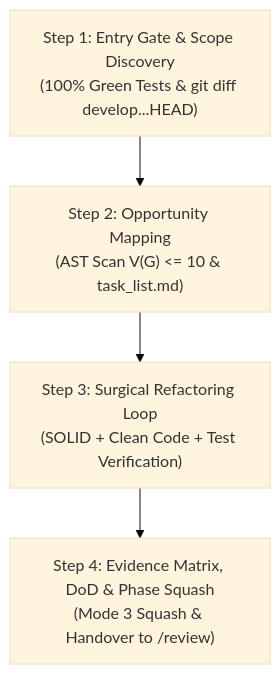
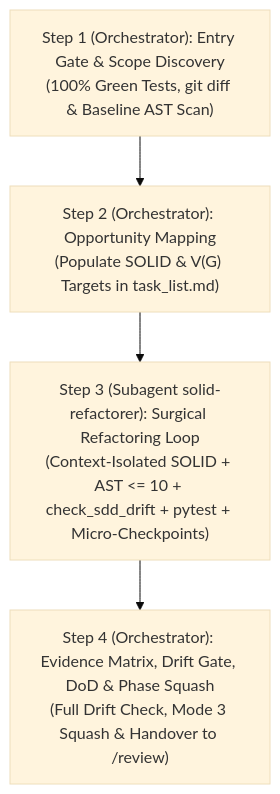
The diagram in skills/refactor/SKILL.md (MarcosVeniciu/antigravity-agentic-skills), drawn with Mermaid (base theme) before and after one commit. The commit also changed other lines of this file and 23 other files, not shown here.

Commit message:
feat(skills): evolve Tier 1 and Tier 2 skills to SDD 2.0 subagent architecture and complete doc/ READMEs

````diff
--- a/skills/refactor/SKILL.md
+++ b/skills/refactor/SKILL.md
@@ -28,6 +28,6 @@
 ```mermaid
 flowchart TD
-    S1["Step 1: Entry Gate & Scope Discovery<br/>(100% Green Tests & git diff develop...HEAD)"] --> S2["Step 2: Opportunity Mapping<br/>(AST Scan V(G) <= 10 & task_list.md)"]
-    S2 --> S3["Step 3: Surgical Refactoring Loop<br/>(SOLID + Clean Code + Test Verification)"]
-    S3 --> S4["Step 4: Evidence Matrix, DoD & Phase Squash<br/>(Mode 3 Squash & Handover to /review)"]
+    S1["Step 1 (Orchestrator): Entry Gate & Scope Discovery<br/>(100% Green Tests, git diff & Baseline AST Scan)"] --> S2["Step 2 (Orchestrator): Opportunity Mapping<br/>(Populate SOLID & V(G) Targets in task_list.md)"]
+    S2 --> S3["Step 3 (Subagent solid-refactorer): Surgical Refactoring Loop<br/>(Context-Isolated SOLID + AST <= 10 + check_sdd_drift + pytest + Micro-Checkpoints)"]
+    S3 --> S4["Step 4 (Orchestrator): Evidence Matrix, Drift Gate, DoD & Phase Squash<br/>(Full Drift Check, Mode 3 Squash & Handover to /review)"]
 ```
````
